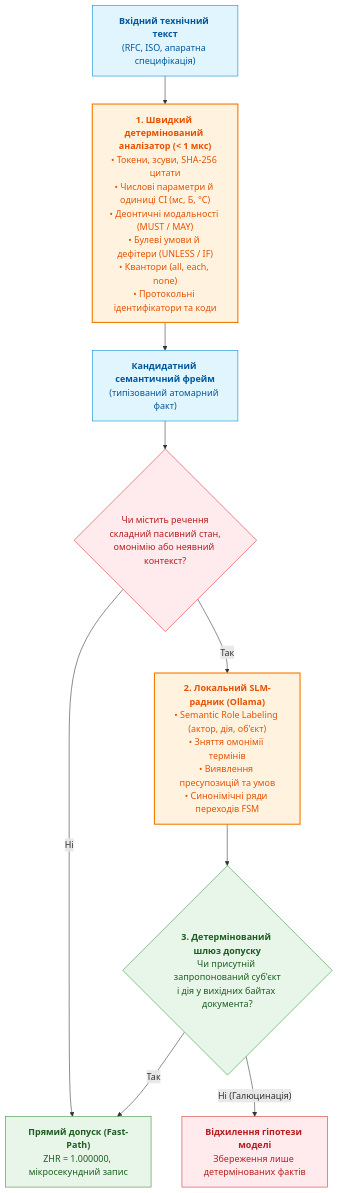
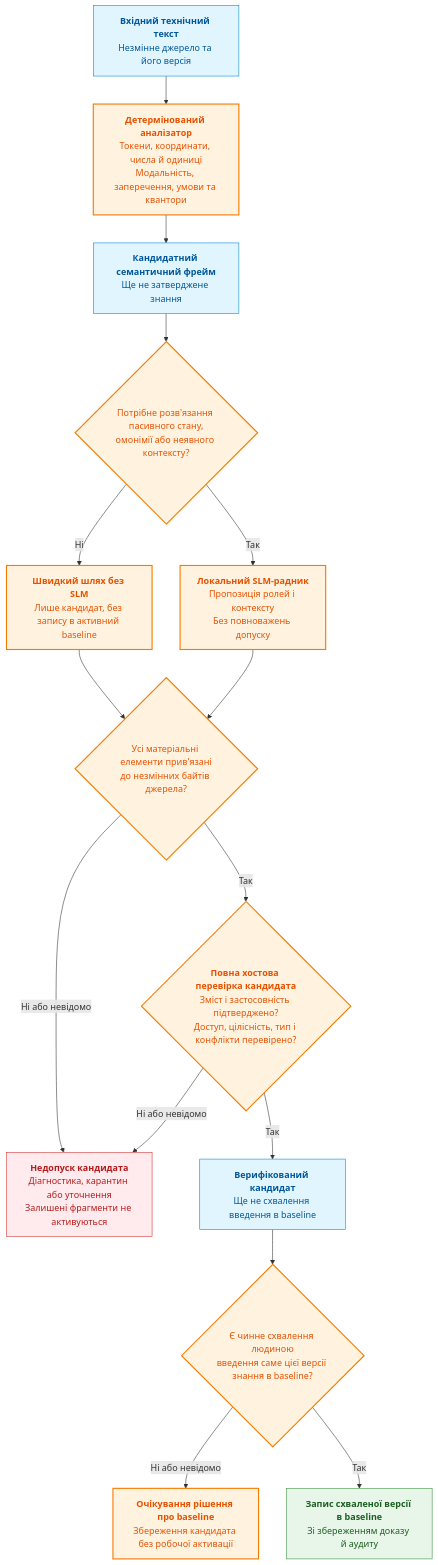
The tenth of 11 diagrams in ExpertSystem/ch12-linguistic-analysis-and-local-models.md (nick-fedchik/articles), drawn with Mermaid before and after one commit. The commit also changed other lines of this file and 375 other files, not shown here.

````diff
--- a/ExpertSystem/ch12-linguistic-analysis-and-local-models.md
+++ b/ExpertSystem/ch12-linguistic-analysis-and-local-models.md
@@ -963,29 +963,30 @@
 ```mermaid
 flowchart TD
     accTitle: Розподіл праці між детермінованим аналізатором і SLM
-    accDescr: Дворівневий конвеєр, де швидкий детермінований аналізатор фіксує точні інженерні атрибути, SLM розв'язує семантичні неоднозначності, а шлюз хоста здійснює побайтову верифікацію.
+    accDescr: Швидкий шлях і SLM формують кандидатів; обидва проходять повну прив'язку й хостову перевірку. Запис активної версії знання можливий тільки за чинного схвалення її введення в baseline людиною.
 
-    Text["<b>Вхідний технічний текст</b><br/>(RFC, ISO, апаратна специфікація)"] --> Det["<b>1. Швидкий детермінований аналізатор (&lt; 1 мкс)</b><br/>• Токени, зсуви, SHA-256 цитати<br/>• Числові параметри й одиниці СІ (мс, Б, °C)<br/>• Деонтичні модальності (MUST / MAY)<br/>• Булеві умови й дефітери (UNLESS / IF)<br/>• Квантори (all, each, none)<br/>• Протокольні ідентифікатори та коди"]
-
-    Det --> Cand["<b>Кандидатний семантичний фрейм</b><br/>(типізований атомарний факт)"]
-
-    Cand --> Decision{"Чи містить речення<br/>складний пасивний стан,<br/>омонімію або неявний контекст?"}
-
-    Decision -- Ні --> Commit["<b>Прямий допуск (Fast-Path)</b><br/>ZHR = 1.000000, мікросекундний запис"]
-    Decision -- Так --> SLM["<b>2. Локальний SLM-радник (Ollama)</b><br/>• Semantic Role Labeling (актор, дія, об'єкт)<br/>• Зняття омонімії термінів<br/>• Виявлення пресупозицій та умов<br/>• Синонімічні ряди переходів FSM"]
-
-    SLM --> Gate{"<b>3. Детермінований шлюз допуску</b><br/>Чи присутній запропонований суб'єкт<br/>і дія у вихідних байтах документа?"}
-
-    Gate -- Так --> Commit
-    Gate -- Ні (Галюцинація) --> Fallback["<b>Відхилення гіпотези моделі</b><br/>Збереження лише детермінованих фактів"]
+    Text["<b>Вхідний технічний текст</b><br/>Незмінне джерело та його версія"] --> Det["<b>Детермінований аналізатор</b><br/>Токени, координати, числа й одиниці<br/>Модальність, заперечення, умови та квантори"]
+    Det --> Cand["<b>Кандидатний семантичний фрейм</b><br/>Ще не затверджене знання"]
+    Cand --> Decision{"Потрібне розв'язання пасивного стану,<br/>омонімії або неявного контексту?"}
+    Decision -->|"Ні"| Fast["<b>Швидкий шлях без SLM</b><br/>Лише кандидат, без запису в активний baseline"]
+    Decision -->|"Так"| SLM["<b>Локальний SLM-радник</b><br/>Пропозиція ролей і контексту<br/>Без повноважень допуску"]
+    Fast --> SourceGate
+    SLM --> SourceGate{"Усі матеріальні елементи прив'язані<br/>до незмінних байтів джерела?"}
+    SourceGate -->|"Ні або невідомо"| Fallback["<b>Недопуск кандидата</b><br/>Діагностика, карантин або уточнення<br/>Залишені фрагменти не активуються"]
+    SourceGate -->|"Так"| Verify{"<b>Повна хостова перевірка кандидата</b><br/>Зміст і застосовність підтверджено?<br/>Доступ, цілісність, тип і конфлікти перевірено?"}
+    Verify -->|"Ні або невідомо"| Fallback
+    Verify -->|"Так"| Verified["<b>Верифікований кандидат</b><br/>Ще не схвалення введення в baseline"]
+    Verified --> Baseline{"Є чинне схвалення людиною<br/>введення саме цієї версії знання в baseline?"}
+    Baseline -->|"Ні або невідомо"| Pending["<b>Очікування рішення про baseline</b><br/>Збереження кандидата без робочої активації"]
+    Baseline -->|"Так"| Commit["<b>Запис схваленої версії в baseline</b><br/>Зі збереженням доказу й аудиту"]
 
     classDef d fill:#e1f5fe,stroke:#0288d1,stroke-width:1px,color:#01579b;
     classDef p fill:#fff3e0,stroke:#f57c00,stroke-width:2px,color:#e65100;
     classDef g fill:#e8f5e9,stroke:#388e3c,stroke-width:1px,color:#1b5e20;
     classDef r fill:#ffebee,stroke:#d32f2f,stroke-width:1px,color:#b71c1c;
 
-    class Text,Cand d;
-    class Det,SLM p;
-    class Commit,Gate g;
-    class Fallback,Decision r;
+    class Text,Cand,Verified d;
+    class Det,SLM,Fast,Decision,SourceGate,Verify,Baseline,Pending p;
+    class Commit g;
+    class Fallback r;
 ```
````
